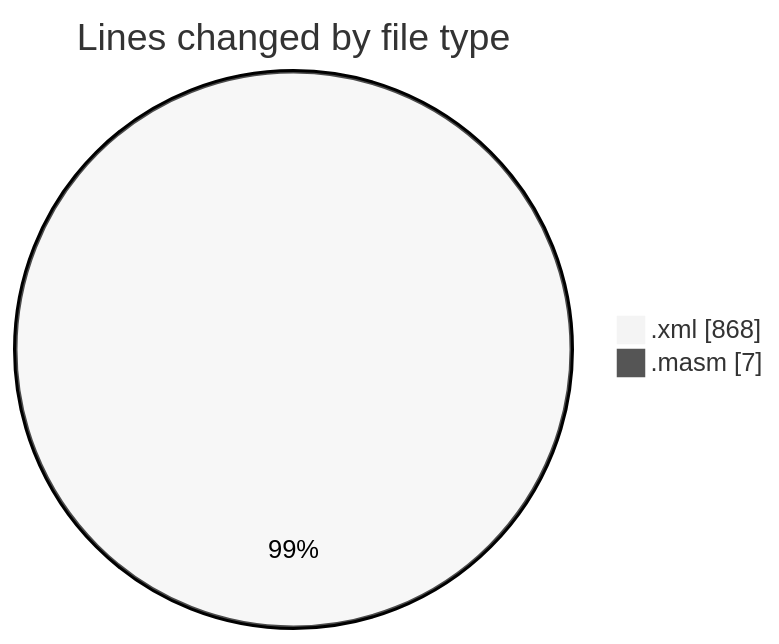
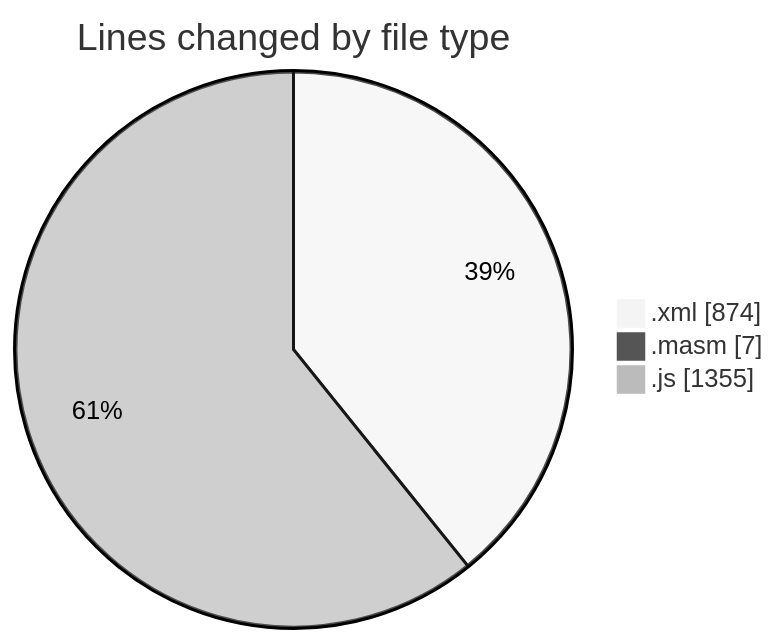
Before and after one commit to charlie-sans/code-tracking: the first of 2 diagrams in 2025-03-11/jmasm/README.md, drawn with Mermaid (neutral theme). The commit also changed other lines of this file and 1 other file, not shown here.

````diff
--- a/2025-03-11/jmasm/README.md
+++ b/2025-03-11/jmasm/README.md
@@ -21,6 +22,7 @@
 ```mermaid
 pie showData
 title Lines changed by file type
-".xml" : 868
+".xml" : 874
 ".masm" : 7
+".js" : 1355
 ```
````
